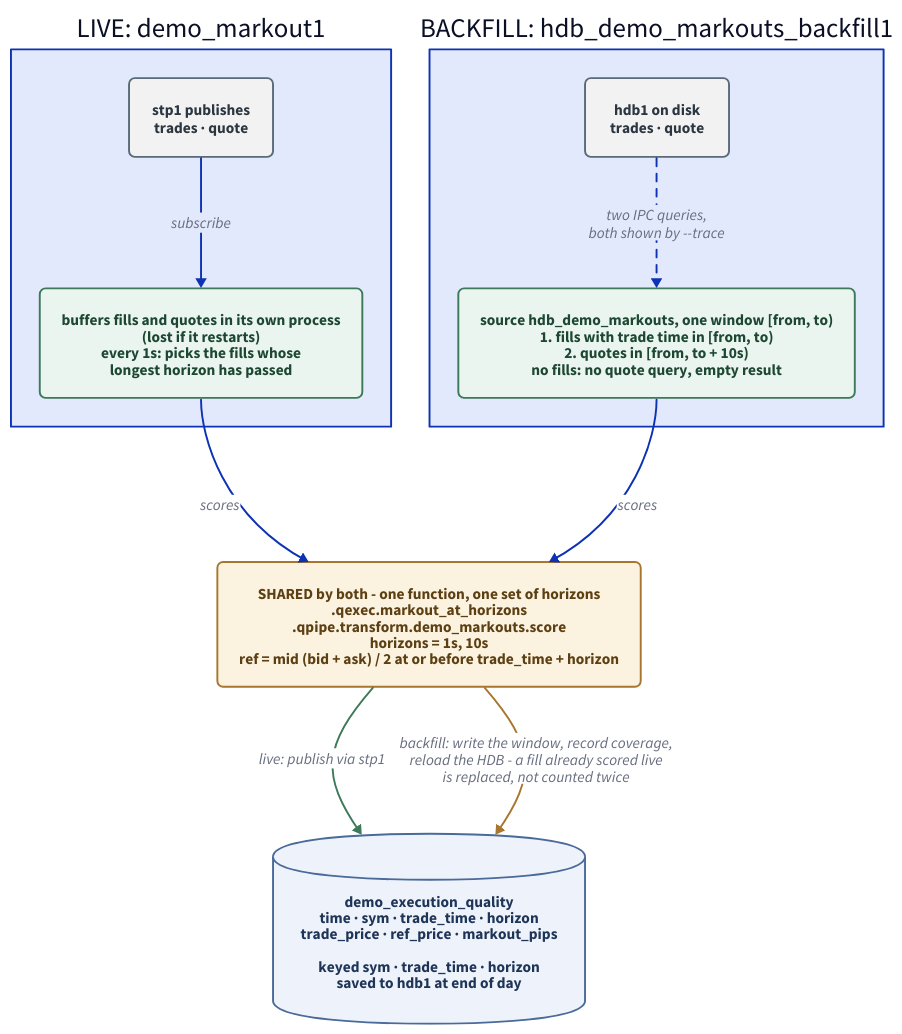
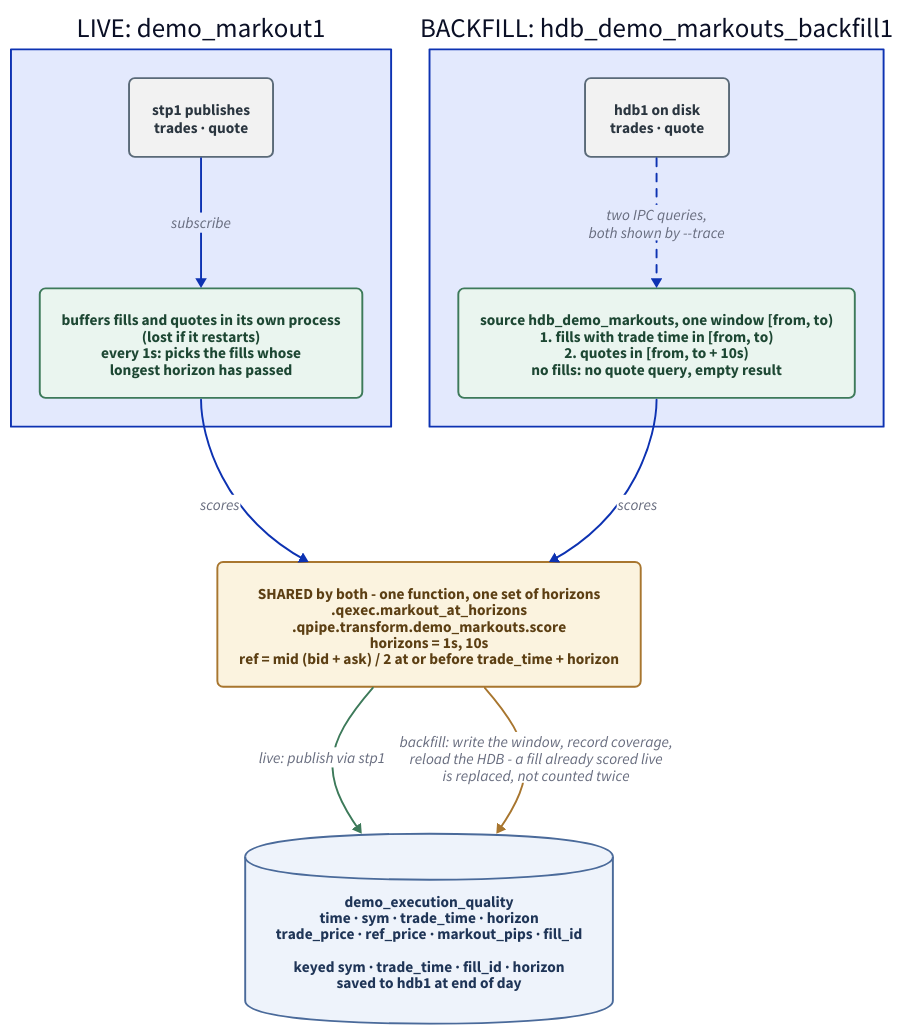
Before and after one commit to kwojdalski/uqf: the diagram in docs/diagrams/markouts.d2, drawn with D2. The commit also changed 20 other files, not shown here.

First line of the commit message:
Docs: bring the d2 diagrams up to date with the 2026-10-12/13 merges (#1257)

```diff
--- a/docs/diagrams/markouts.d2
+++ b/docs/diagrams/markouts.d2
@@ -1,81 +1,81 @@
 # markouts.d2 - how a fill gets marked out: live, or backfilled from the HDB.
 #
 # Rendered by scripts/generate/render_diagrams.py, which CI runs with
 # --check. Embedded from docs/services/markouts.md.
 #
 # WHAT THIS DIAGRAM IS FOR. Two jobs write demo_execution_quality, and the thing
 # worth seeing is what they SHARE: one scoring function and one set of
 # horizons, drawn once in the middle with both paths running through it.
 # That is why a fill scored by both comes out identical, and why the table's
-# key (sym, trade_time, horizon) can replace one with the other instead of
+# key (sym, trade_time, fill_id, horizon) can replace one with the other instead of
 # counting the fill twice. The live path is on the left, as it happens; the
 # backfill on the right, as it reads what the live path left on disk.
 
 direction: down
 
 vars: {
   d2-config: {
     pad: 40
   }
 }
 
 classes: {
   job: {
     style: {
       fill: "#eaf5ef"
       stroke: "#3d7a5a"
       font-color: "#1d4733"
       border-radius: 6
     }
   }
   table: {
     shape: cylinder
     style: {
       fill: "#eef3fb"
       stroke: "#4a6a9a"
       font-color: "#1f3557"
     }
   }
   shared: {
     style: {
       fill: "#fbf3df"
       stroke: "#a8762f"
       font-color: "#5c3f13"
       border-radius: 6
       stroke-width: 2
     }
   }
   store: {
     style: {
       fill: "#f2f2f2"
       stroke: "#5a6a78"
       font-color: "#2b3640"
       border-radius: 6
     }
   }
 }
 
 live: "LIVE: demo_markout1" {
   tp: "stp1 publishes\ntrades · quote" { class: store }
   buffer: "buffers fills and quotes in its own process\n(lost if it restarts)\nevery 1s: picks the fills whose\nlongest horizon has passed" { class: job }
   tp -> buffer: "subscribe"
 }
 
 backfill: "BACKFILL: hdb_demo_markouts_backfill1" {
   hdb: "hdb1 on disk\ntrades · quote" { class: store }
   query: "source hdb_demo_markouts, one window [from, to)\n1. fills with trade time in [from, to)\n2. quotes in [from, to + 10s)\nno fills: no quote query, empty result" { class: job }
   hdb -> query: "two IPC queries,\nboth shown by --trace" { style.stroke-dash: 4 }
 }
 
 scoring: "SHARED by both - one function, one set of horizons\n.qexec.markout_at_horizons\n.qpipe.transform.demo_markouts.score\nhorizons = 1s, 10s\nref = mid (bid + ask) / 2 at or before trade_time + horizon" { class: shared }
 
-eq: "demo_execution_quality\ntime · sym · trade_time · horizon\ntrade_price · ref_price · markout_pips\n\nkeyed sym · trade_time · horizon\nsaved to hdb1 at end of day" { class: table }
+eq: "demo_execution_quality\ntime · sym · trade_time · horizon\ntrade_price · ref_price · markout_pips · fill_id\n\nkeyed sym · trade_time · fill_id · horizon\nsaved to hdb1 at end of day" { class: table }
 
 live.buffer -> scoring: "scores"
 backfill.query -> scoring: "scores"
 scoring -> eq: "live: publish via stp1" {
   style.stroke: "#3d7a5a"
 }
 scoring -> eq: "backfill: write the window, record coverage,\nreload the HDB - a fill already scored live\nis replaced, not counted twice" {
   style.stroke: "#a8762f"
 }
```
